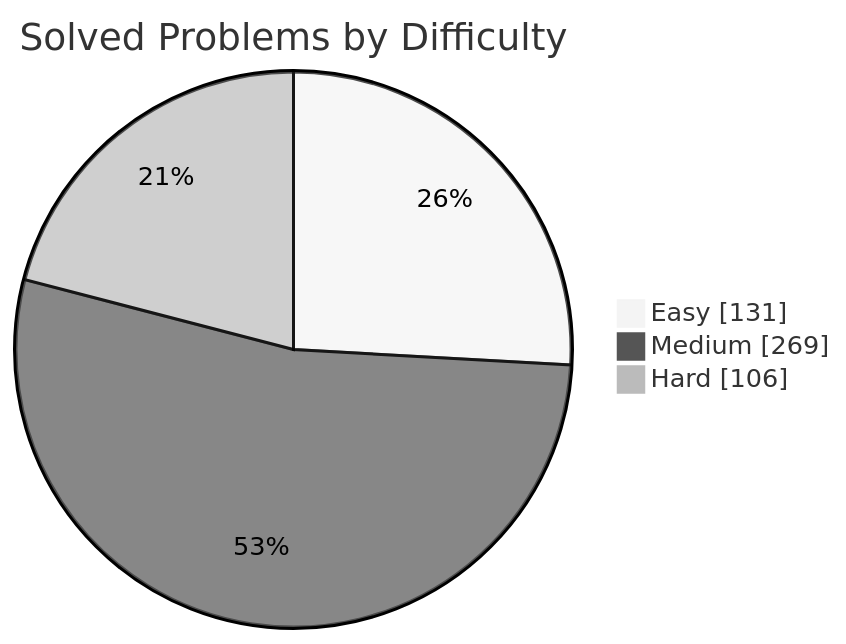
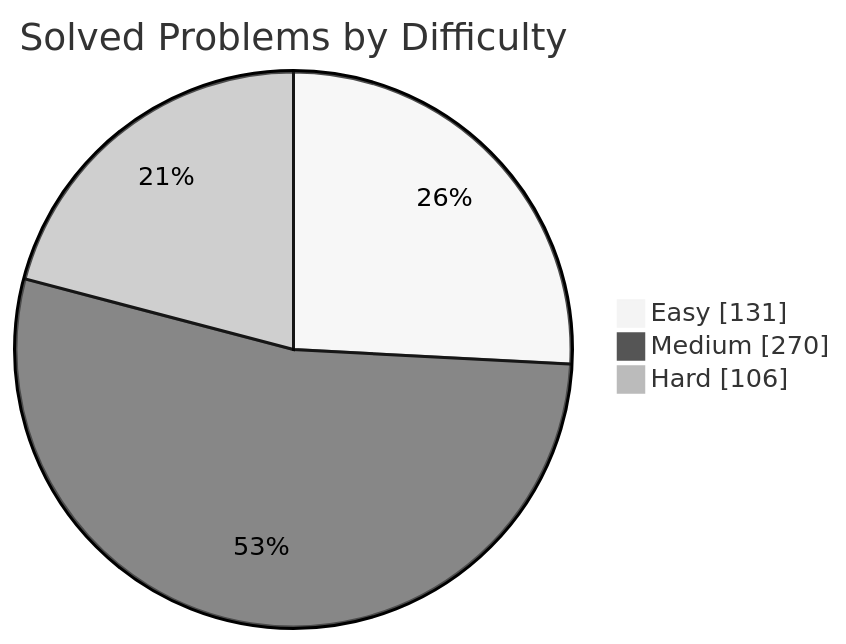
The first of 2 diagrams in README.md (manikantbindass/DSA-Preparation-FAANG), drawn with Mermaid (neutral theme) before and after one commit. The commit also changed other lines of this file and 1 other file, not shown here.

````diff
--- a/README.md
+++ b/README.md
@@ -79,7 +79,7 @@
 ```mermaid
 pie showData
     title Solved Problems by Difficulty
     "Easy" : 131
-    "Medium" : 269
+    "Medium" : 270
     "Hard" : 106
 ```
````
